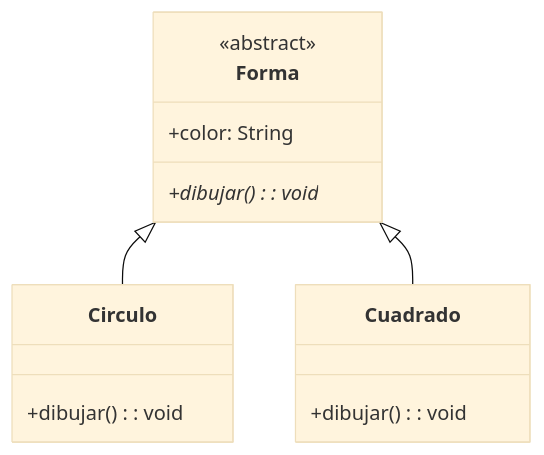
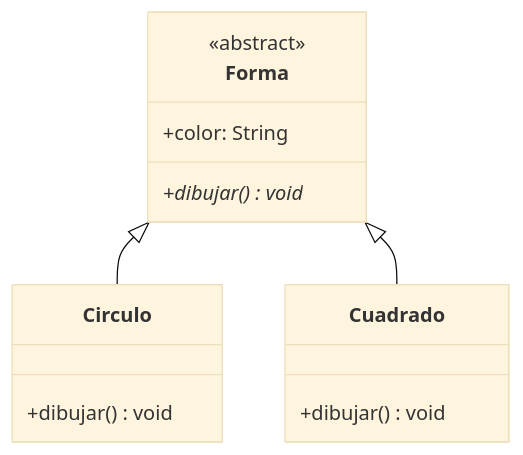
Diagram 20 of 28 in UD4 - Introducción a POO, diagramas UML y diagramas de clases/ud04_2_notacion_uml_diagramas_clases.md (danielmartinan/entornos_desarrollo_2024-25), drawn with Mermaid (base theme) before and after one commit. The commit also changed other lines of this file and 2 other files, not shown here.

Commit message:
Movido pasos para crear un diagrama de clases a partir de la definición del problema de ud04_3 a ud04_2

````diff
--- a/UD4 - Introducción a POO, diagramas UML y diagramas de clases/ud04_2_notacion_uml_diagramas_clases.md
+++ b/UD4 - Introducción a POO, diagramas UML y diagramas de clases/ud04_2_notacion_uml_diagramas_clases.md
@@ -586,19 +600,19 @@
 ```mermaid
 classDiagram
     class Forma {
         <<abstract>>
         +color: String
-        +dibujar(): void*
+        +dibujar() void*
     }
 
     class Circulo {
-        +dibujar(): void
+        +dibujar() void
     }
 
     class Cuadrado {
-        +dibujar(): void
+        +dibujar() void
     }
 
     Forma <|-- Circulo
     Forma <|-- Cuadrado
 ```
````
